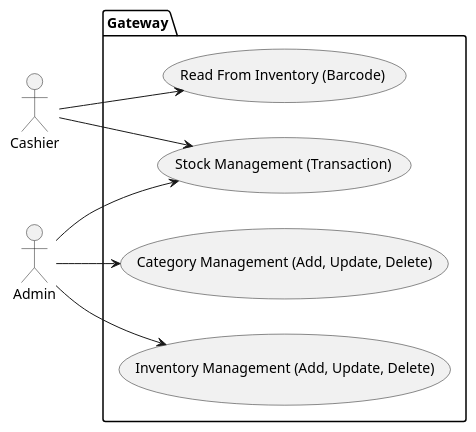
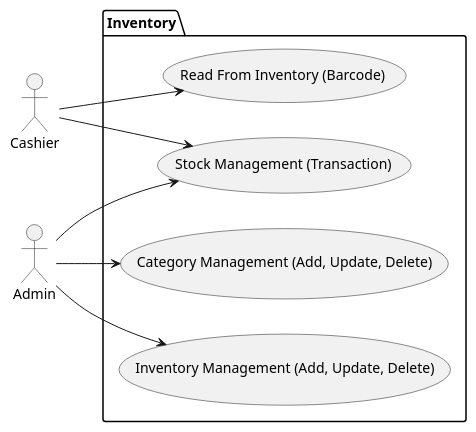
The diagram in Inventory/Requirement/use-case.wsd (POS-Java-Microservice/requirement-documents), drawn with PlantUML before and after one commit. The commit also changed 3 other files, not shown here.

```diff
--- a/Inventory/Requirement/use-case.wsd
+++ b/Inventory/Requirement/use-case.wsd
@@ -1,21 +1,21 @@
 @startuml inventory-service
 
 left to right direction
 actor Cashier as c
 actor Admin as a
 
-package Gateway{
+package Inventory{
     usecase "Category Management (Add, Update, Delete)" as uc1
     usecase "Inventory Management (Add, Update, Delete)" as uc2
     usecase "Read From Inventory (Barcode)" as uc3
     usecase "Stock Management (Transaction)" as uc4
 }
 
 a --> uc1
 a --> uc2
 c --> uc3
 c --> uc4
 a --> uc4
 
 
 @enduml
```
